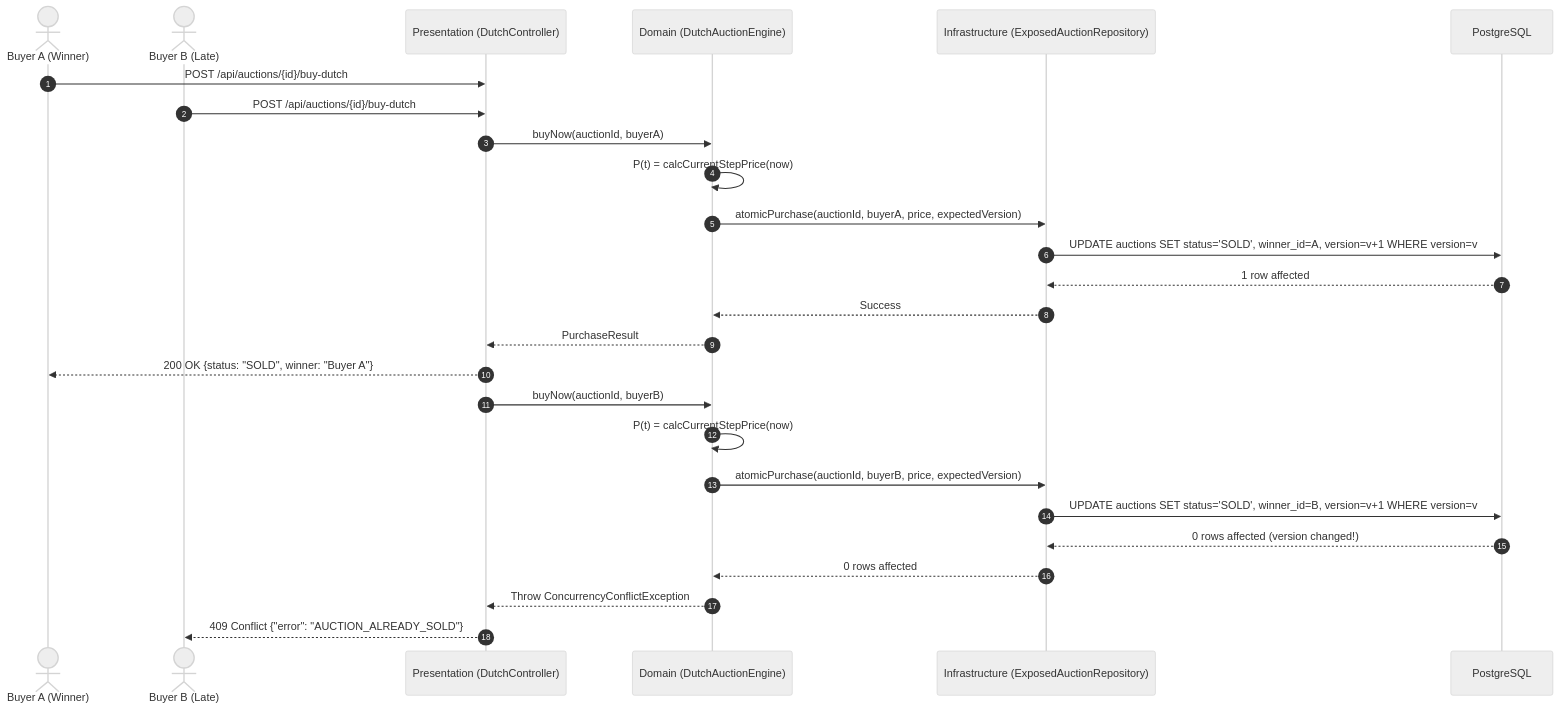
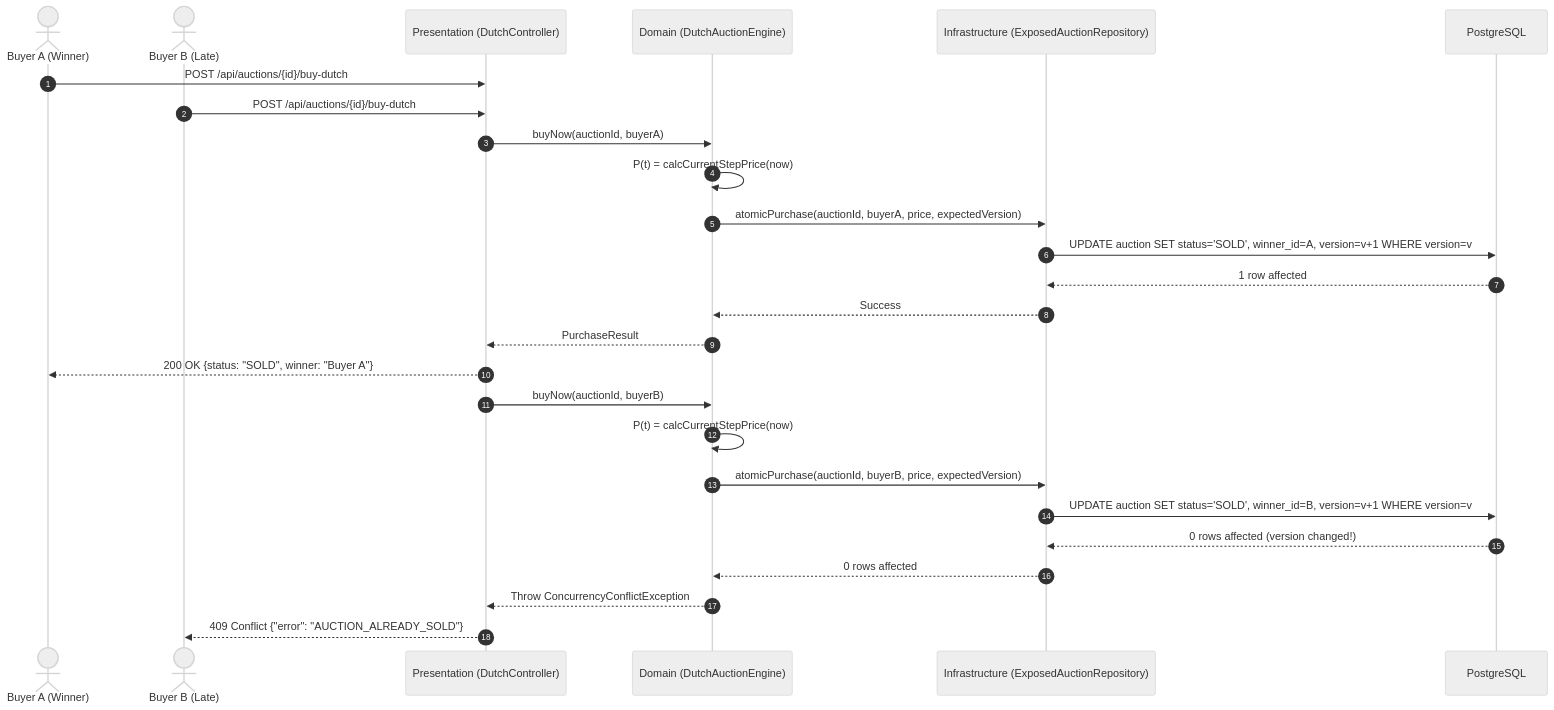
One commit to MihnixArch0n/Kronyka changed the second of 2 diagrams in docs/llm/ARCHITECTURE.md. Above: the diagram before and after it, drawn with Mermaid (neutral theme). The commit also changed other lines of this file and 3 other files, not shown here.

First line of the commit message:
docs(schema): update database table references to singular form

````diff
--- a/docs/llm/ARCHITECTURE.md
+++ b/docs/llm/ARCHITECTURE.md
@@ -76,30 +76,30 @@
 ```mermaid
 sequenceDiagram
     autonumber
     actor BuyerA as Buyer A (Winner)
     actor BuyerB as Buyer B (Late)
     participant Controller as Presentation (DutchController)
     participant Engine as Domain (DutchAuctionEngine)
     participant Repo as Infrastructure (ExposedAuctionRepository)
     participant DB as PostgreSQL
 
     BuyerA->>Controller: POST /api/auctions/{id}/buy-dutch
     BuyerB->>Controller: POST /api/auctions/{id}/buy-dutch
     Controller->>Engine: buyNow(auctionId, buyerA)
     Engine->>Engine: P(t) = calcCurrentStepPrice(now)
     Engine->>Repo: atomicPurchase(auctionId, buyerA, price, expectedVersion)
-    Repo->>DB: UPDATE auctions SET status='SOLD', winner_id=A, version=v+1 WHERE version=v
+    Repo->>DB: UPDATE auction SET status='SOLD', winner_id=A, version=v+1 WHERE version=v
     DB-->>Repo: 1 row affected
     Repo-->>Engine: Success
     Engine-->>Controller: PurchaseResult
     Controller-->>BuyerA: 200 OK {status: "SOLD", winner: "Buyer A"}
 
     Controller->>Engine: buyNow(auctionId, buyerB)
     Engine->>Engine: P(t) = calcCurrentStepPrice(now)
     Engine->>Repo: atomicPurchase(auctionId, buyerB, price, expectedVersion)
-    Repo->>DB: UPDATE auctions SET status='SOLD', winner_id=B, version=v+1 WHERE version=v
+    Repo->>DB: UPDATE auction SET status='SOLD', winner_id=B, version=v+1 WHERE version=v
     DB-->>Repo: 0 rows affected (version changed!)
     Repo-->>Engine: 0 rows affected
     Engine-->>Controller: Throw ConcurrencyConflictException
     Controller-->>BuyerB: 409 Conflict {"error": "AUCTION_ALREADY_SOLD"}
 ```
````
